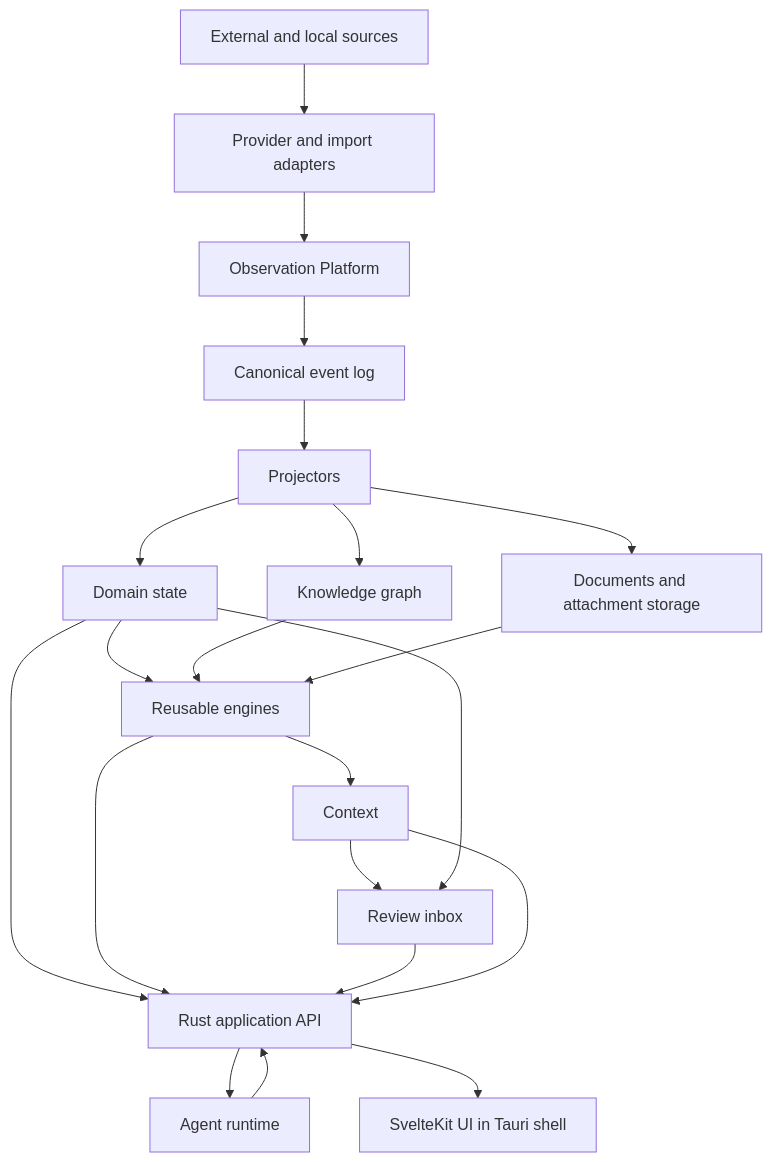
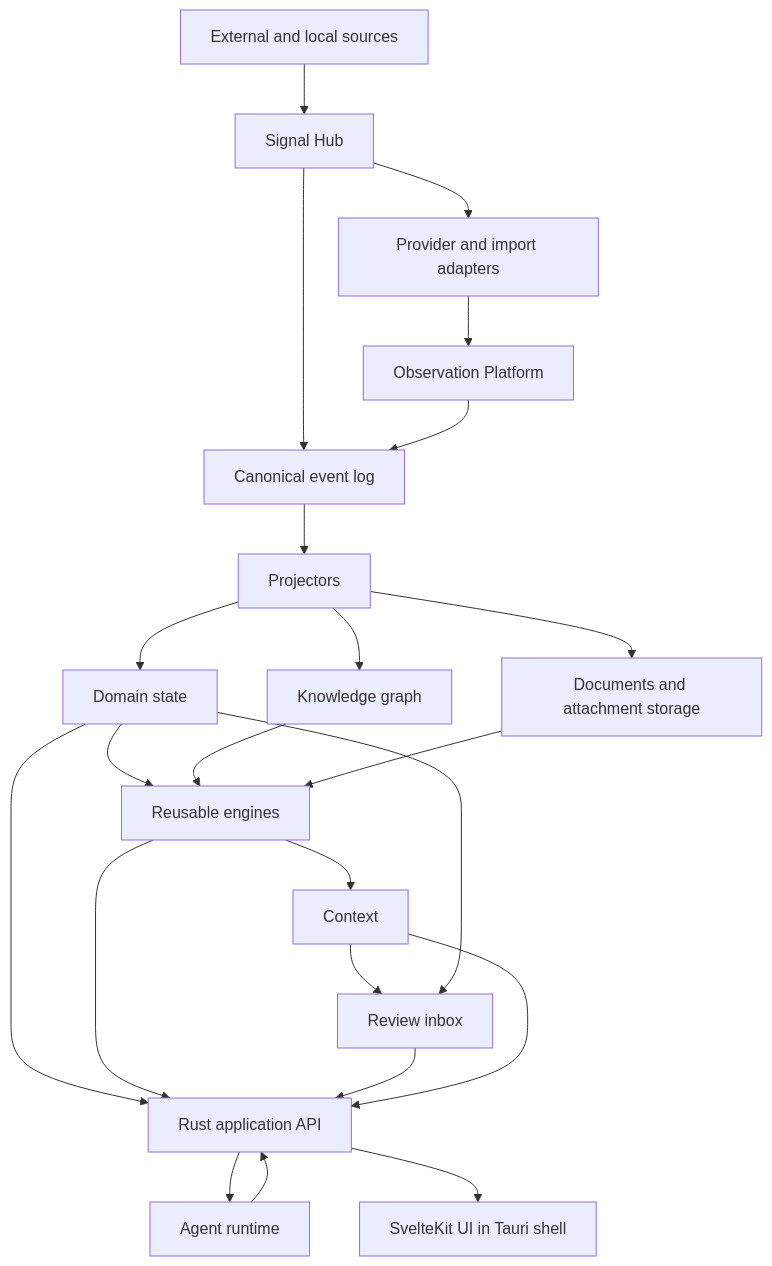
The diagram in docs/architecture/architecture-overview.md (Mesteriis/hermes-os), drawn with Mermaid before and after one commit. The commit also changed other lines of this file and 20 other files, not shown here.

Commit message:
Document Signal Hub domain and ADRs

````diff
--- a/docs/architecture/architecture-overview.md
+++ b/docs/architecture/architecture-overview.md
@@ -27,23 +27,25 @@
 ```mermaid
 flowchart TB
-    Sources["External and local sources"] --> Adapters["Provider and import adapters"]
+    Sources["External and local sources"] --> SignalHub["Signal Hub"]
+    SignalHub --> Adapters["Provider and import adapters"]
+    SignalHub --> EventLog["Canonical event log"]
     Adapters --> Observations["Observation Platform"]
     Observations --> EventLog["Canonical event log"]
     EventLog --> Projectors["Projectors"]
     Projectors --> Domains["Domain state"]
     Projectors --> Graph["Knowledge graph"]
     Projectors --> Objects["Documents and attachment storage"]
     Domains --> Engines["Reusable engines"]
     Graph --> Engines
     Objects --> Engines
     Engines --> Context["Context"]
     Context --> Review["Review inbox"]
     Domains --> Review
     Domains --> API["Rust application API"]
     Engines --> API
     Review --> API
     Context --> API
     API --> Agents["Agent runtime"]
     Agents --> API
     API --> UI["SvelteKit UI in Tauri shell"]
 ```
````
